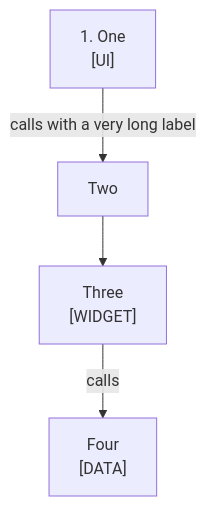
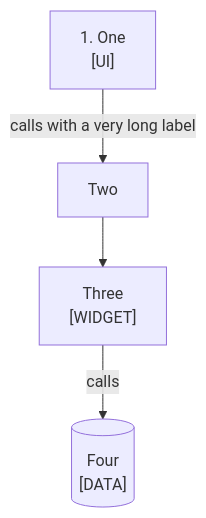
Before and after one commit to choonchernlim/skills: the diagram in skills/docsmith/scripts/fixtures/bad/mmd-label.md, drawn with Mermaid. The commit also changed 16 other files, not shown here.

Commit message:
feat: enhance Mermaid documentation with color guidelines and examples

````diff
--- a/skills/docsmith/scripts/fixtures/bad/mmd-label.md
+++ b/skills/docsmith/scripts/fixtures/bad/mmd-label.md
@@ -14,6 +14,6 @@
 ```mermaid
 graph TD
   A["1. One<br/>[UI]"] -->|"calls with a very long label"| B["Two"]
   B --> C["Three<br/>[WIDGET]"]
-  C -->|"calls"| D["Four<br/>[DATA]"]
+  C -->|"calls"| D[("Four<br/>[DATA]")]
 ```
````
